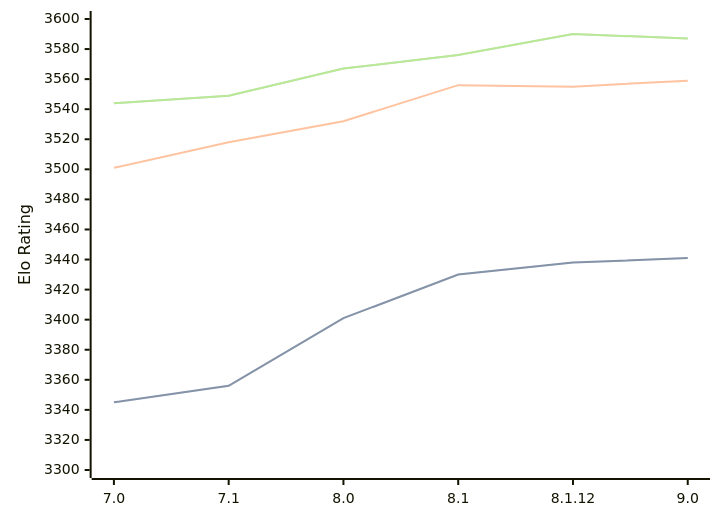
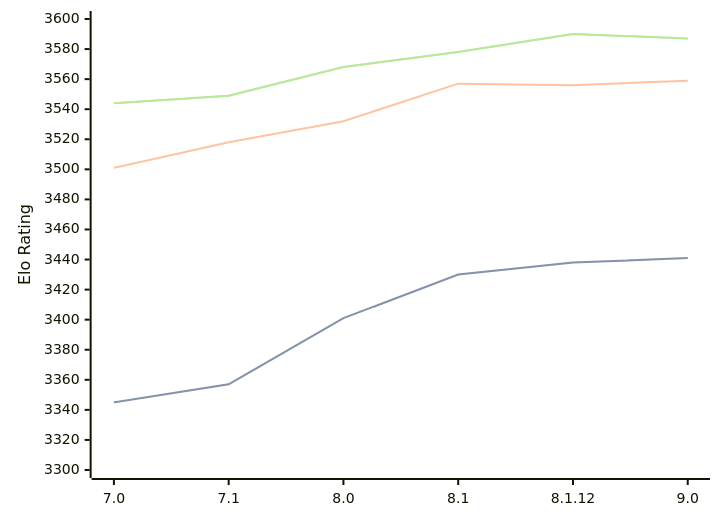
One commit to computer-chess-index/cci changed the diagram in engines/Alexandria.md. Above: the diagram before and after it, drawn with Mermaid. The commit also changed other lines of this file, not shown here.

Commit message:
Update CCI Ratings (ELO VLTC) - 2026-10-08

````diff
--- a/engines/Alexandria.md
+++ b/engines/Alexandria.md
@@ -37,11 +37,11 @@
 ```mermaid
 %%{init: {"theme":"base","themeVariables":{"seriesColors:['#a3a3a3','#222221','#faa371']}}}%%
 xychart-beta
   x-axis ["7.0", "7.1", "8.0", "8.1", "8.1.12", "9.0"]
   y-axis "Elo Rating" 3300 --> 3600
-  line "" [3345, 3356, 3401, 3430, 3438, 3441]
-  line "STC (8.0+0.08s)" [3345, 3356, 3401, 3430, 3438, 3441]
-  line "LTC (60.0+0.60s)" [3501, 3518, 3532, 3556, 3555, 3559]
-  line "" [3544, 3549, 3567, 3576, 3590, 3587]
-  line "VLTC (2m24s+1.12s)" [3544, 3549, 3567, 3576, 3590, 3587]
+  line "" [3345, 3357, 3401, 3430, 3438, 3441]
+  line "STC (8.0+0.08s)" [3345, 3357, 3401, 3430, 3438, 3441]
+  line "LTC (60.0+0.60s)" [3501, 3518, 3532, 3557, 3556, 3559]
+  line "" [3544, 3549, 3568, 3578, 3590, 3587]
+  line "VLTC (2m24s+1.12s)" [3544, 3549, 3568, 3578, 3590, 3587]
 ```
````
